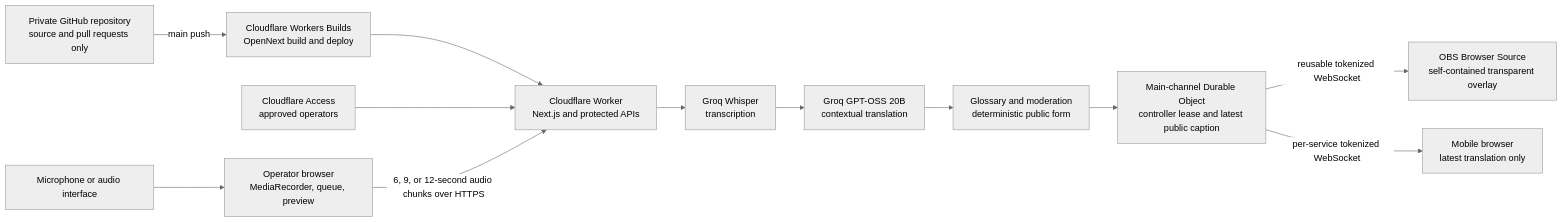
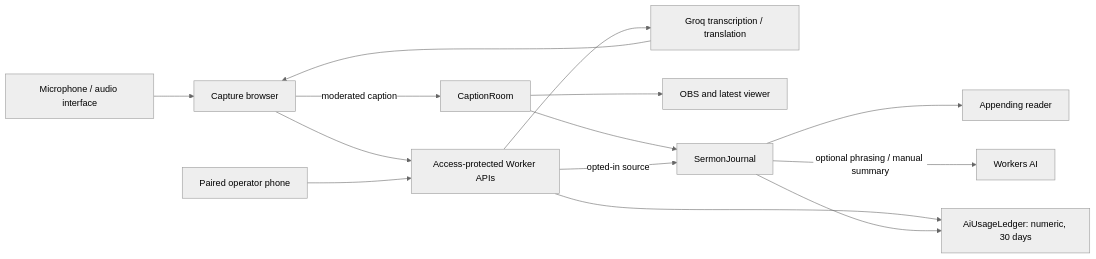
One commit to variable-hq/caption-studio changed the diagram in README.md. Above: the diagram before and after it, drawn with Mermaid (neutral theme). The commit also changed other lines of this file and 28 other files, not shown here.

Commit message:
Fix Cloudflare deploy proxy and reconcile Plan 1 documentation

````diff
--- a/README.md
+++ b/README.md
@@ -72,14 +103,16 @@
 ```mermaid
 flowchart LR
-  Repo["Private GitHub repository<br/>source and pull requests only"] -->|"main push"| Build["Cloudflare Workers Builds<br/>OpenNext build and deploy"]
-  Build --> Worker
-  Mic["Microphone or audio interface"] --> Browser["Operator browser<br/>MediaRecorder, queue, preview"]
-  Access["Cloudflare Access<br/>approved operators"] --> Worker["Cloudflare Worker<br/>Next.js and protected APIs"]
-  Browser -->|"6, 9, or 12-second audio chunks over HTTPS"| Worker
-  Worker --> Whisper["Groq Whisper<br/>transcription"]
-  Whisper --> Translate["Groq GPT-OSS 20B<br/>contextual translation"]
-  Translate --> Pipeline["Glossary and moderation<br/>deterministic public form"]
-  Pipeline --> Room["Main-channel Durable Object<br/>controller lease and latest public caption"]
-  Room -->|"reusable tokenized WebSocket"| OBS["OBS Browser Source<br/>self-contained transparent overlay"]
-  Room -->|"per-service tokenized WebSocket"| Viewer["Mobile browser<br/>latest translation only"]
+  Mic["Microphone / audio interface"] --> Host["Capture browser"]
+  Host --> API["Access-protected Worker APIs"]
+  API --> Groq["Groq transcription / translation"]
+  Groq --> Host
+  Host -->|"moderated caption"| Main["CaptionRoom"]
+  Phone["Paired operator phone"] --> API
+  Main --> OBS["OBS and latest viewer"]
+  Main --> Journal["SermonJournal"]
+  API -->|"opted-in source"| Journal
+  Journal --> Reader["Appending reader"]
+  Journal -->|"optional phrasing / manual summary"| AI["Workers AI"]
+  API --> Usage["AiUsageLedger: numeric, 30 days"]
+  Journal --> Usage
 ```
````
